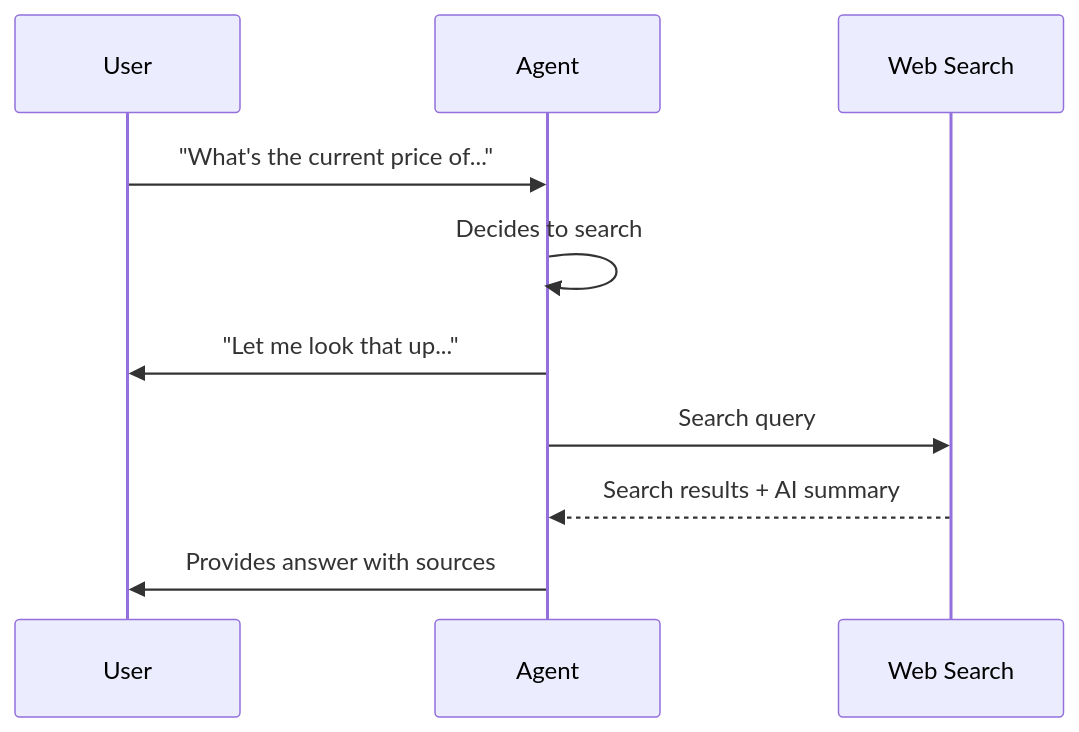
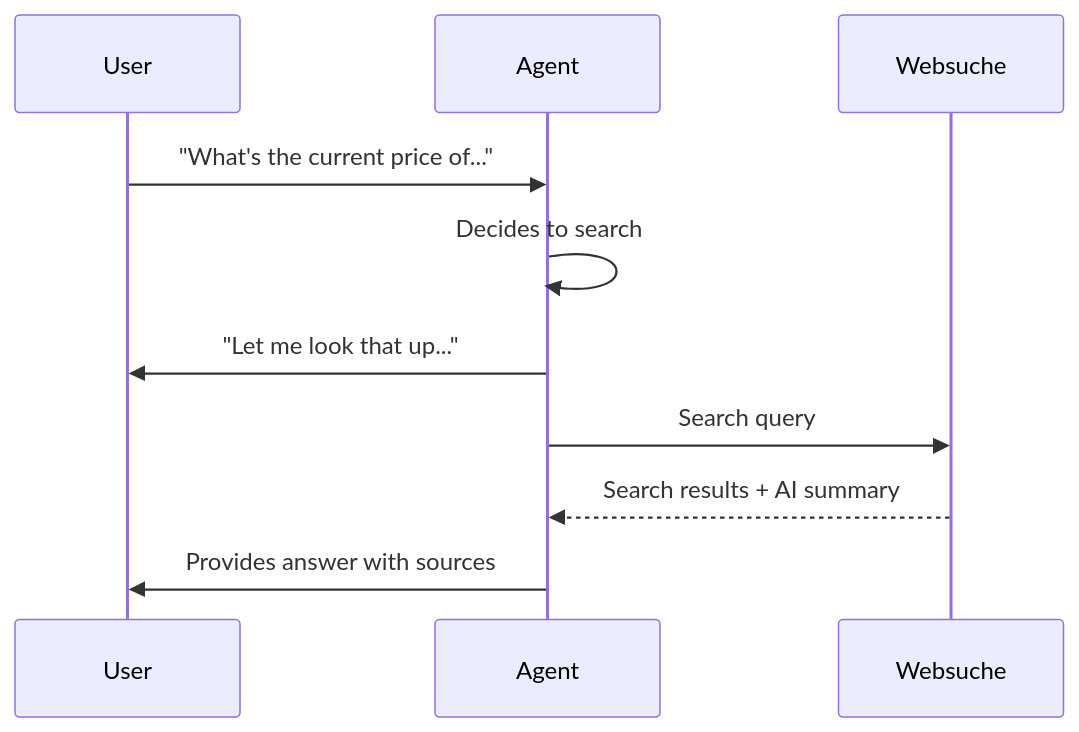
One commit to robertvy/docs changed the diagram in de/build/tools/web-search.mdx. Above: the diagram before and after it, drawn with Mermaid. The commit also changed other lines of this file and 100 other files, not shown here.

````diff
--- a/de/build/tools/web-search.mdx
+++ b/de/build/tools/web-search.mdx
@@ -116,13 +116,13 @@
 ```mermaid
 sequenceDiagram
     participant User
     participant Agent
-    participant Search as Web Search
+    participant Search as Websuche
 
     User->>Agent: "What's the current price of..."
     Agent->>Agent: Decides to search
     Agent->>User: "Let me look that up..."
     Agent->>Search: Search query
     Search-->>Agent: Search results + AI summary
     Agent->>User: Provides answer with sources
 ```
````
